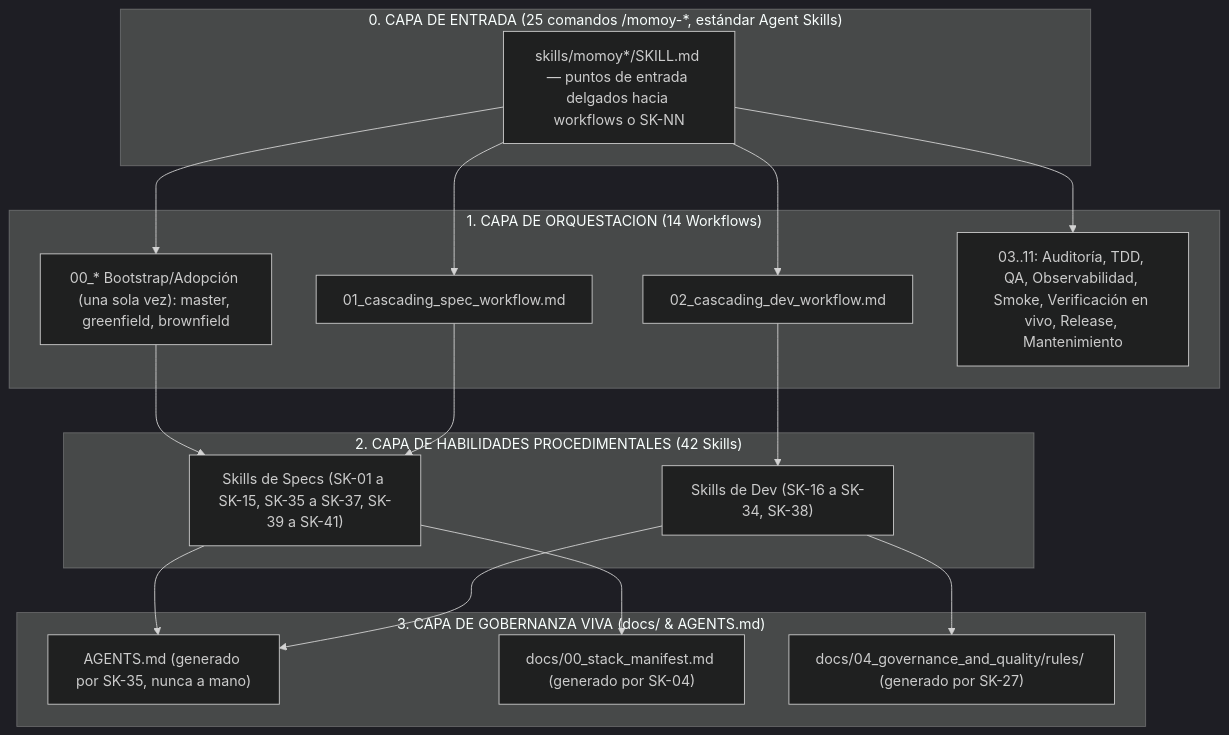
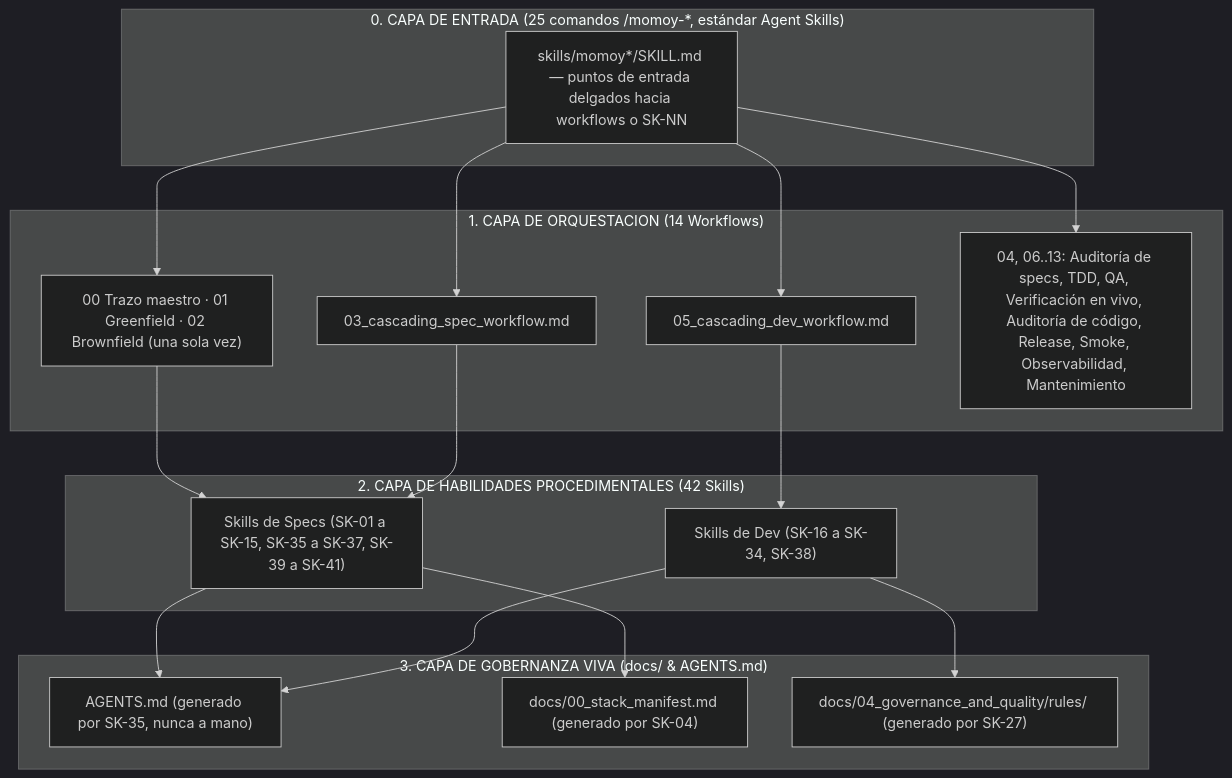
One commit to lacruzjd/AI4Devs-finalproject changed the diagram in .agents/README.md. Above: the diagram before and after it, drawn with Mermaid (dark theme). The commit also changed other lines of this file and 137 other files, not shown here.

````diff
--- a/.agents/README.md
+++ b/.agents/README.md
@@ -68,36 +69,36 @@
 ```mermaid
 flowchart TD
     subgraph CAPA0 ["0. CAPA DE ENTRADA (25 comandos /momoy-*, estándar Agent Skills)"]
         CMD["skills/momoy*/SKILL.md — puntos de entrada delgados hacia workflows o SK-NN"]
     end
 
     subgraph CAPA1 ["1. CAPA DE ORQUESTACION (14 Workflows)"]
-        W00["00_* Bootstrap/Adopción (una sola vez): master, greenfield, brownfield"]
-        W01["01_cascading_spec_workflow.md"]
-        W02["02_cascading_dev_workflow.md"]
-        W0X["03..11: Auditoría, TDD, QA, Observabilidad, Smoke, Verificación en vivo, Release, Mantenimiento"]
+        W00["00 Trazo maestro · 01 Greenfield · 02 Brownfield (una sola vez)"]
+        W01["03_cascading_spec_workflow.md"]
+        W02["05_cascading_dev_workflow.md"]
+        W0X["04, 06..13: Auditoría de specs, TDD, QA, Verificación en vivo, Auditoría de código, Release, Smoke, Observabilidad, Mantenimiento"]
     end
 
     subgraph CAPA2 ["2. CAPA DE HABILIDADES PROCEDIMENTALES (42 Skills)"]
         S_Spec["Skills de Specs (SK-01 a SK-15, SK-35 a SK-37, SK-39 a SK-41)"]
         S_Dev["Skills de Dev (SK-16 a SK-34, SK-38)"]
     end
 
     subgraph CAPA3 ["3. CAPA DE GOBERNANZA VIVA (docs/ & AGENTS.md)"]
         AGENTS["AGENTS.md (generado por SK-35, nunca a mano)"]
         StackManifest["docs/00_stack_manifest.md (generado por SK-04)"]
         Rules["docs/04_governance_and_quality/rules/ (generado por SK-27)"]
     end
 
     CMD --> W00
     CMD --> W01
     CMD --> W02
     CMD --> W0X
     W00 --> S_Spec
     W01 --> S_Spec
     W02 --> S_Dev
     S_Spec --> AGENTS
     S_Spec --> StackManifest
     S_Dev --> AGENTS
     S_Dev --> Rules
 ```
````
